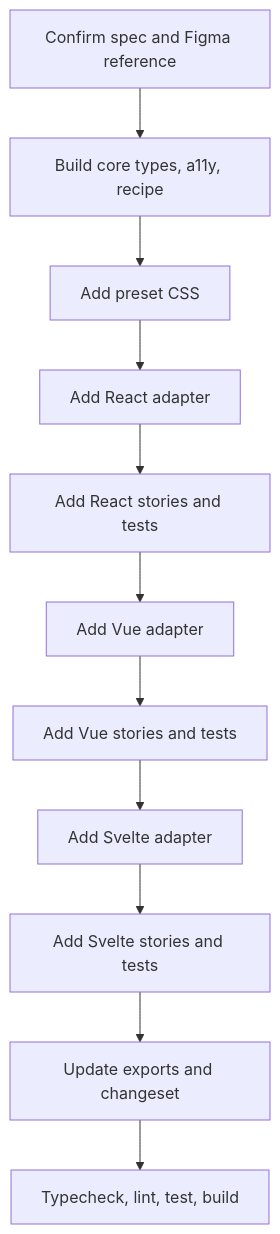
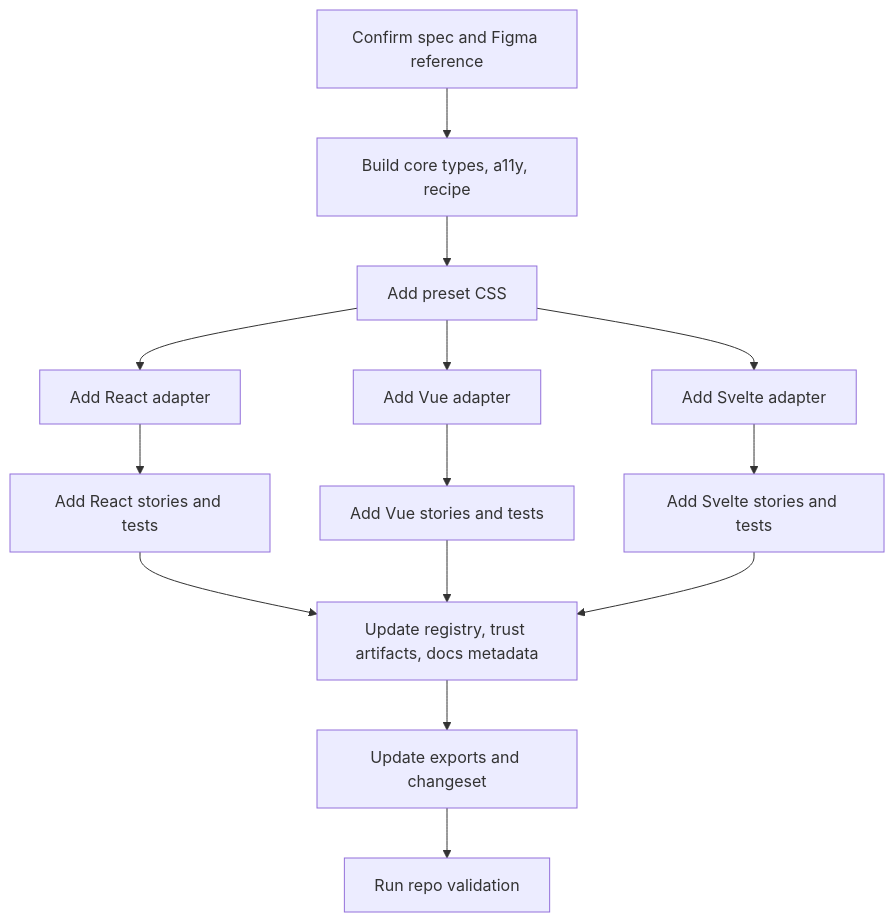
One commit to niklas-westman/marwes changed the diagram in docs/guides/adding-components.md. Above: the diagram before and after it, drawn with Mermaid. The commit also changed other lines of this file and 1243 other files, not shown here.

````diff
--- a/docs/guides/adding-components.md
+++ b/docs/guides/adding-components.md
@@ -15,13 +15,16 @@
 ```mermaid
 flowchart TD
   Spec[Confirm spec and Figma reference] --> Core[Build core types, a11y, recipe]
   Core --> Presets[Add preset CSS]
   Presets --> React[Add React adapter]
+  Presets --> Vue[Add Vue adapter]
+  Presets --> Svelte[Add Svelte adapter]
   React --> ReactStories[Add React stories and tests]
-  ReactStories --> Vue[Add Vue adapter]
   Vue --> VueStories[Add Vue stories and tests]
-  VueStories --> Svelte[Add Svelte adapter]
   Svelte --> SvelteStories[Add Svelte stories and tests]
-  SvelteStories --> Exports[Update exports and changeset]
-  Exports --> Verify[Typecheck, lint, test, build]
+  ReactStories --> Metadata[Update registry, trust artifacts, docs metadata]
+  VueStories --> Metadata
+  SvelteStories --> Metadata
+  Metadata --> Exports[Update exports and changeset]
+  Exports --> Verify[Run repo validation]
 ```
````
